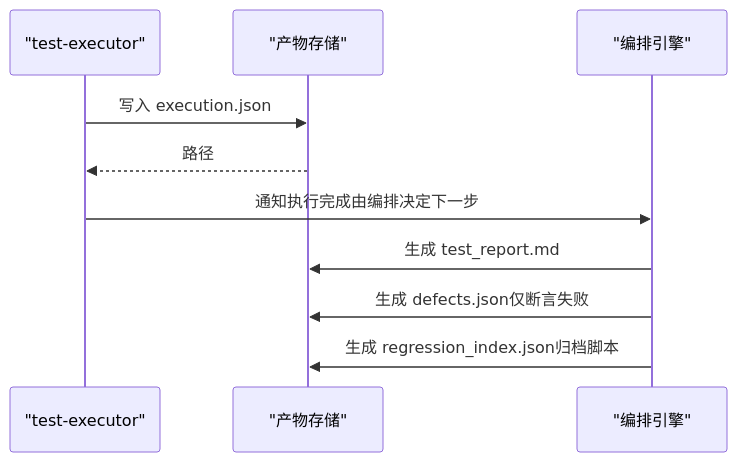
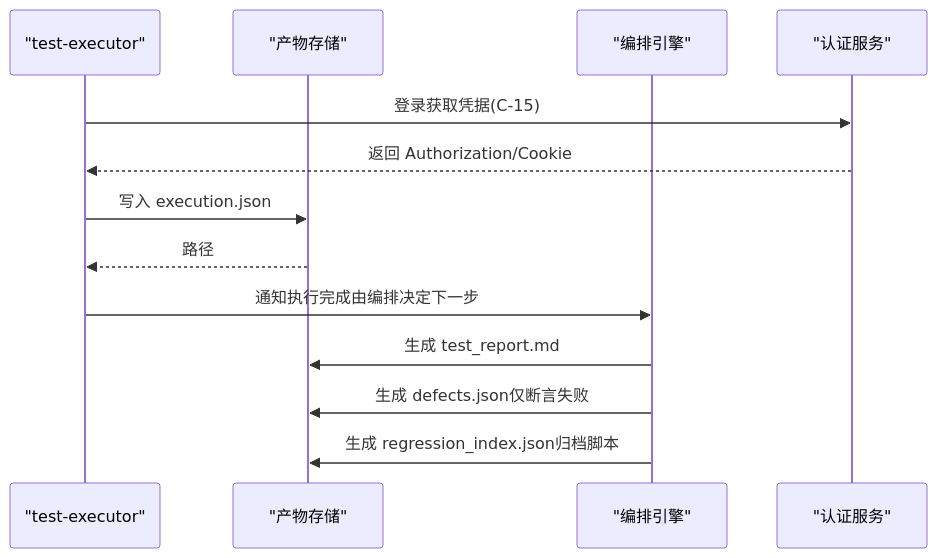
One commit to Joeyzheng001/LLM-AutoTest changed the eighth of 11 diagrams in .qoder/repowiki/zh/content/项目概述/核心功能特性/核心功能特性.md. Above: the diagram before and after it, drawn with Mermaid. The commit also changed other lines of this file and 94 other files, not shown here.

````diff
--- a/.qoder/repowiki/zh/content/项目概述/核心功能特性/核心功能特性.md
+++ b/.qoder/repowiki/zh/content/项目概述/核心功能特性/核心功能特性.md
@@ -258,12 +311,15 @@
 ```mermaid
 sequenceDiagram
 participant Exec as "test-executor"
 participant Store as "产物存储"
 participant Eng as "编排引擎"
+participant Auth as "认证服务"
+Exec->>Auth : 登录获取凭据(C-15)
+Auth-->>Exec : 返回 Authorization/Cookie
 Exec->>Store : 写入 execution.json
 Store-->>Exec : 路径
 Exec->>Eng : 通知执行完成由编排决定下一步
 Eng->>Store : 生成 test_report.md
 Eng->>Store : 生成 defects.json仅断言失败
 Eng->>Store : 生成 regression_index.json归档脚本
 ```
````
